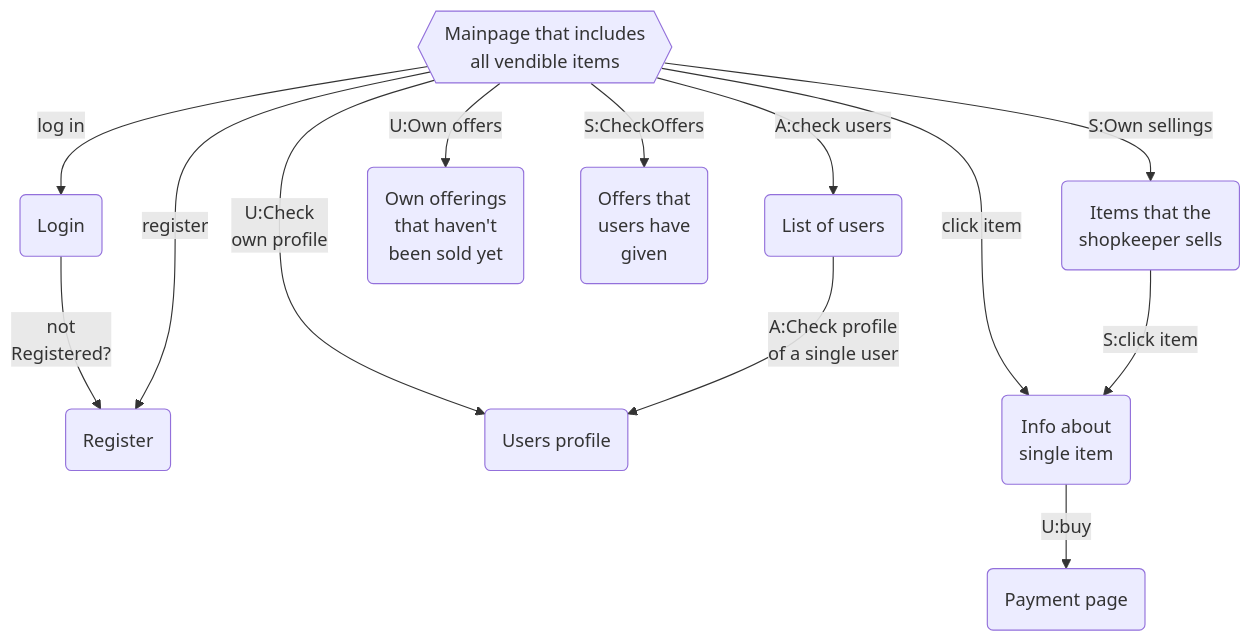
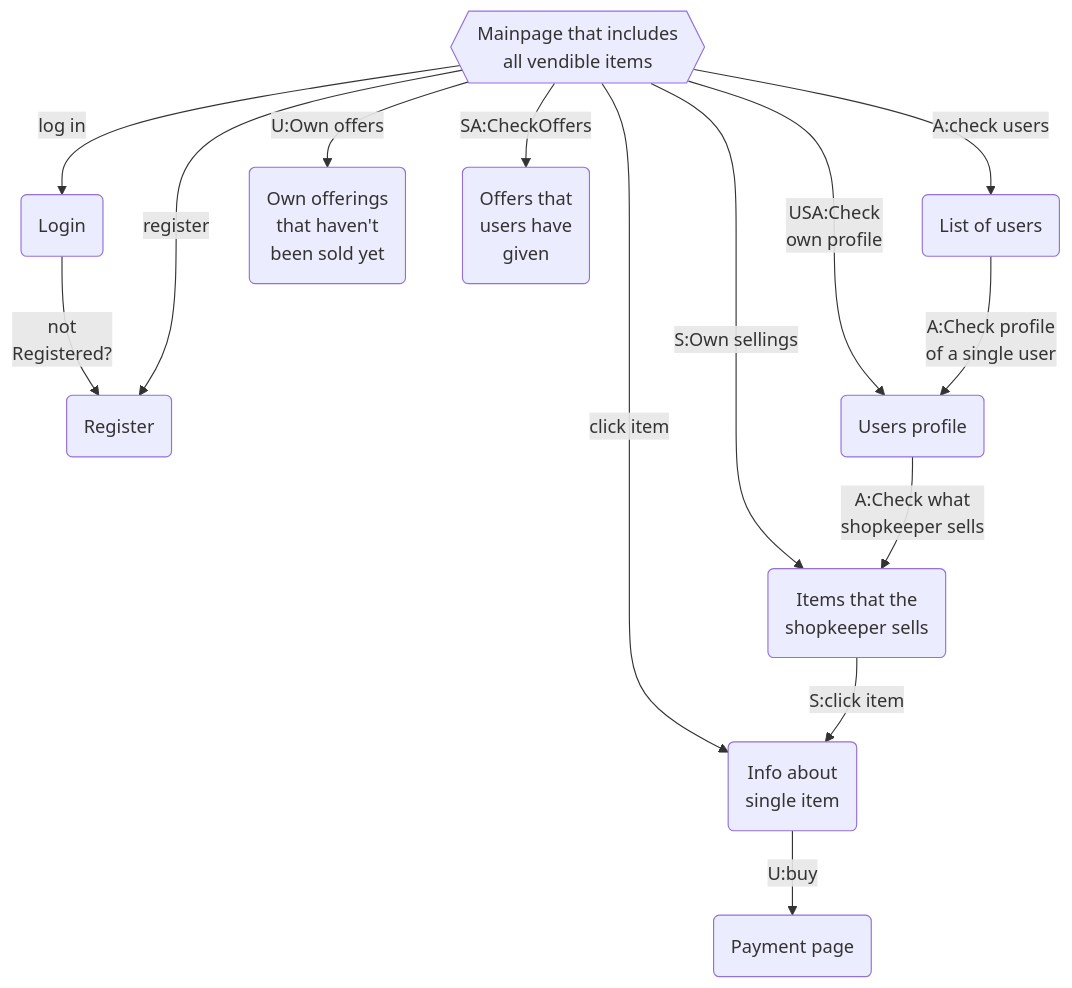
One commit to timotuulio/secondhandWebstore changed the diagram in README.md. Above: the diagram before and after it, drawn with Mermaid. The commit also changed other lines of this file, not shown here.

Commit message:
Update Pages and Navigation

````diff
--- a/README.md
+++ b/README.md
@@ -19,20 +20,20 @@
 ``` mermaid
 graph TD
   Log(Login) --> |not<br/> Registered?| Reg
   Reg(Register)
 	MP{{Mainpage that includes <br/>all vendible items}} --> |log in| Log
   MP --> |register| Reg
-  MP --> |U:Check <br/>own profile| Prof
+  MP --> |USA:Check <br/>own profile| Prof
   MP --> |A:check users| LU
   MP --> |S:Own sellings|OwnSells
   MP --> |U:Own offers|OwnOff
-  MP --> |S:CheckOffers|Offers
+  MP --> |SA:CheckOffers|Offers
   MP --> |click item| Item
   LU(List of users) --> |A:Check profile<br/>of a single user| Prof
-  Prof(Users profile)
+  Prof(Users profile) --> |A:Check what <br/>shopkeeper sells|OwnSells
   OwnOff(Own offerings <br/>that haven't<br/> been sold yet)
   OwnSells(Items that the <br/>shopkeeper sells) --> |S:click item|Item
   Item(Info about<br/>single item) --> |U:buy|Buy
   Buy(Payment page)
   Offers(Offers that <br/>users have<br/> given)
 ```
````
